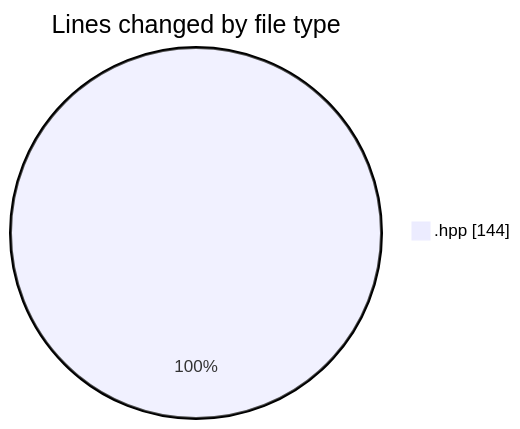
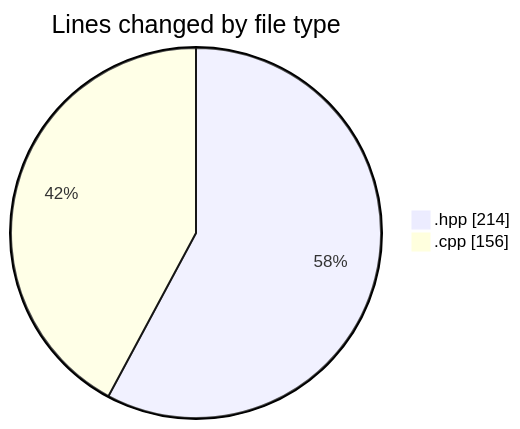
The first of 2 diagrams in 2025-04-22/echo/README.md (Netris89/code-tracking), drawn with Mermaid before and after one commit. The commit also changed other lines of this file and 1 other file, not shown here.

````diff
--- a/2025-04-22/echo/README.md
+++ b/2025-04-22/echo/README.md
@@ -20,5 +22,6 @@
 ```mermaid
 pie showData
 title Lines changed by file type
-".hpp" : 144
+".hpp" : 214
+".cpp" : 156
 ```
````
